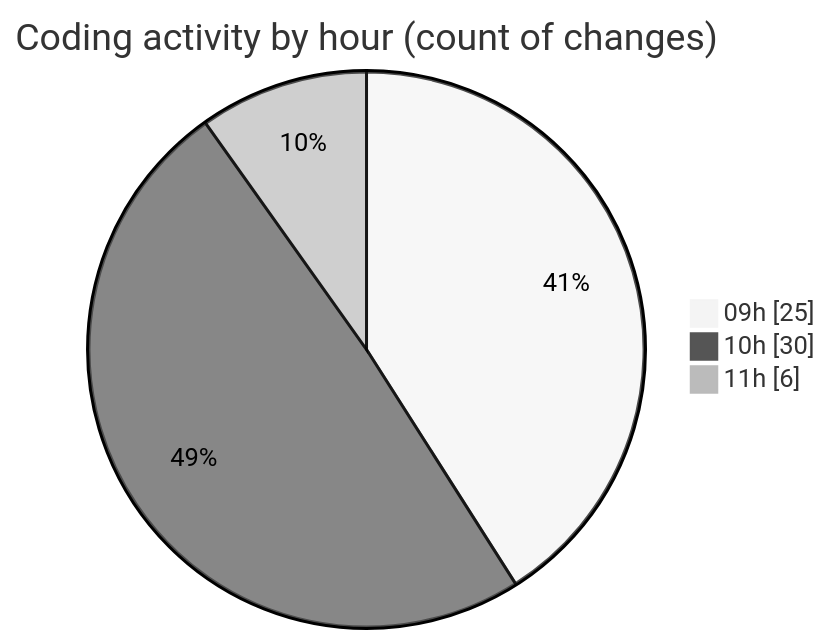
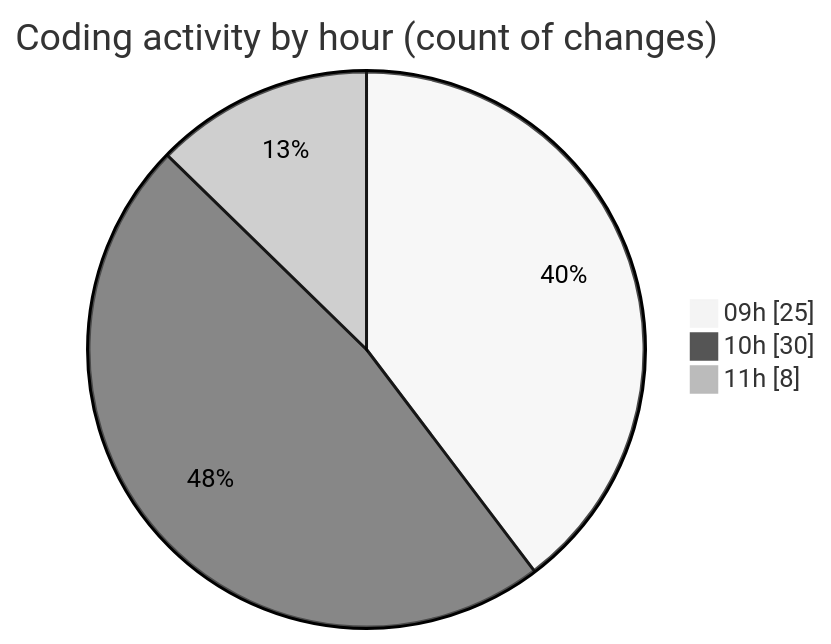
The second of 2 diagrams in 2025-11-18/cda/README.md (momahboobian/code-tracking), drawn with Mermaid (neutral theme) before and after one commit. The commit also changed other lines of this file and 1 other file, not shown here.

````diff
--- a/2025-11-18/cda/README.md
+++ b/2025-11-18/cda/README.md
@@ -34,7 +34,7 @@
 ```mermaid
 pie showData
 title Coding activity by hour (count of changes)
 "09h" : 25
 "10h" : 30
-"11h" : 6
+"11h" : 8
 ```
````
